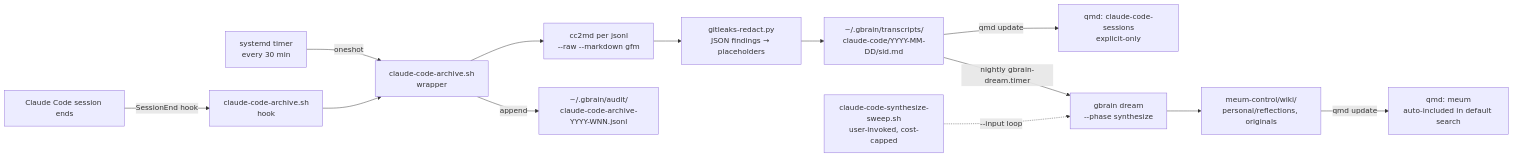
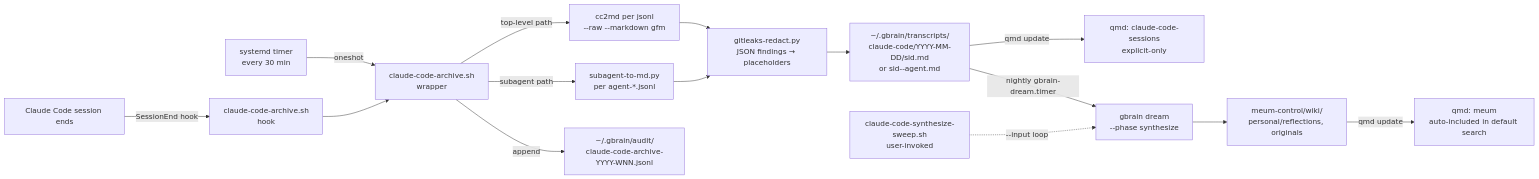
The diagram in docs/plans/2026-06-15-feat-claude-code-session-pipeline-plan.md (brettdavies/dotfiles), drawn with Mermaid before and after one commit. The commit also changed other lines of this file, not shown here.

````diff
--- a/docs/plans/2026-06-15-feat-claude-code-session-pipeline-plan.md
+++ b/docs/plans/2026-06-15-feat-claude-code-session-pipeline-plan.md
@@ -128,15 +148,17 @@
 ```mermaid
 flowchart LR
     A[Claude Code session ends] -->|SessionEnd hook| Hook[claude-code-archive.sh<br/>hook]
     Timer[systemd timer<br/>every 30 min] -->|oneshot| Wrapper[claude-code-archive.sh<br/>wrapper]
     Hook --> Wrapper
-    Wrapper --> CC2MD[cc2md per jsonl<br/>--raw --markdown gfm]
+    Wrapper -->|top-level path| CC2MD[cc2md per jsonl<br/>--raw --markdown gfm]
+    Wrapper -->|subagent path| Sub[subagent-to-md.py<br/>per agent-*.jsonl]
     CC2MD --> Redact[gitleaks-redact.py<br/>JSON findings → placeholders]
-    Redact --> Corpus[~/.gbrain/transcripts/<br/>claude-code/YYYY-MM-DD/sid.md]
+    Sub --> Redact
+    Redact --> Corpus[~/.gbrain/transcripts/<br/>claude-code/YYYY-MM-DD/sid.md<br/>or sid--agent.md]
     Corpus -->|qmd update| QmdRaw[qmd: claude-code-sessions<br/>explicit-only]
     Corpus -->|nightly gbrain-dream.timer| Dream[gbrain dream<br/>--phase synthesize]
     Dream --> Brain[meum-control/wiki/<br/>personal/reflections, originals]
     Brain -->|qmd update| QmdSynth[qmd: meum<br/>auto-included in default search]
-    OneShot[claude-code-synthesize-sweep.sh<br/>user-invoked, cost-capped] -.->|--input loop| Dream
+    OneShot[claude-code-synthesize-sweep.sh<br/>user-invoked] -.->|--input loop| Dream
     Wrapper -->|append| Audit[~/.gbrain/audit/<br/>claude-code-archive-YYYY-WNN.jsonl]
 ```
````
